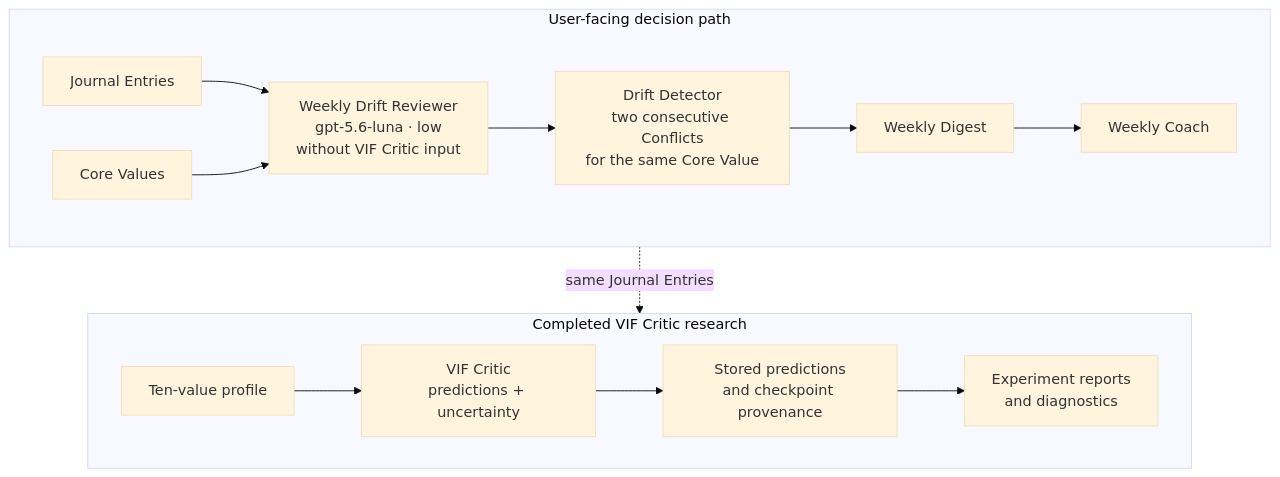
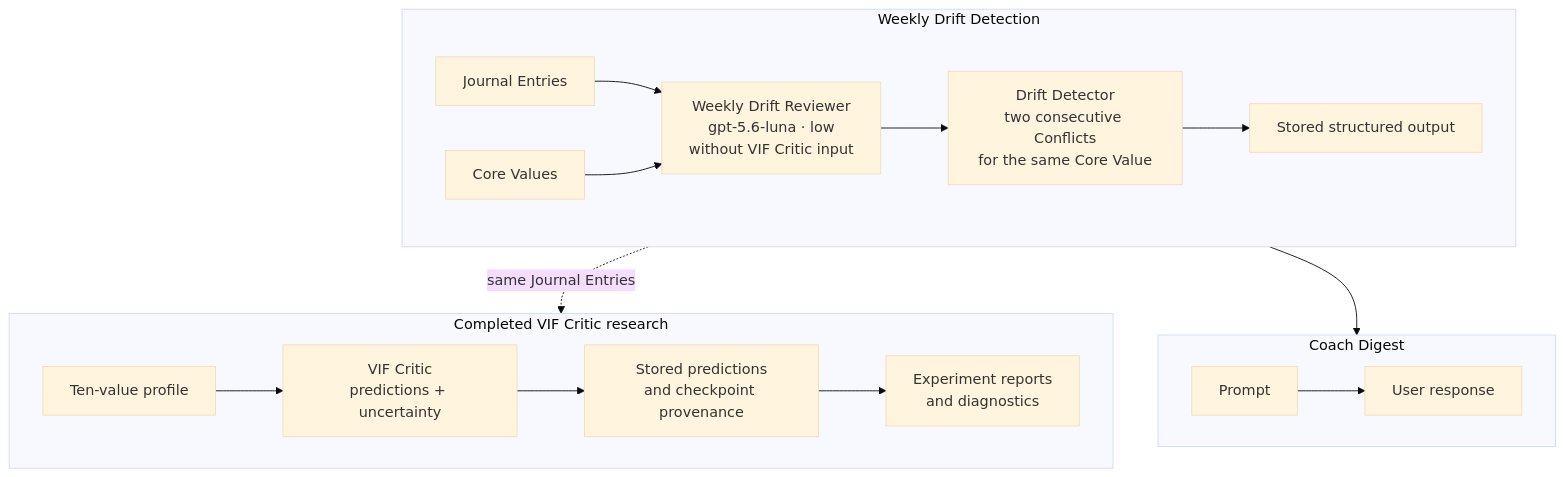
The diagram in docs/architecture/drift_detection.md (DesmondChoy/twinkl), drawn with Mermaid (base theme) before and after one commit. The commit also changed other lines of this file and 33 other files, not shown here.

Commit message:
docs: define weekly drift detection and coach digest (twinkl-7ho6)

````diff
--- a/docs/architecture/drift_detection.md
+++ b/docs/architecture/drift_detection.md
@@ -35,19 +37,25 @@
 ```mermaid
 flowchart TB
-  subgraph USER["User-facing decision path"]
+  subgraph USER["Weekly Drift Detection"]
     direction LR
     JE["Journal Entries"] --> WDR["Weekly Drift Reviewer<br/>gpt-5.6-luna · low<br/>without VIF Critic input"]
     CV["Core Values"] --> WDR
     WDR --> DD["Drift Detector<br/>two consecutive Conflicts<br/>for the same Core Value"]
-    DD --> WD["Weekly Digest"] --> WC["Weekly Coach"]
+    DD --> WD["Stored structured output"]
+  end
+
+  subgraph COACH["Coach Digest"]
+    direction LR
+    WD --> PROMPT["Prompt"]
+    PROMPT --> RESPONSE["User response"]
   end
 
   subgraph LEARN["Completed VIF Critic research"]
     direction LR
     PROFILE["Ten-value profile"] --> VIF["VIF Critic<br/>predictions + uncertainty"]
     VIF --> STORE["Stored predictions<br/>and checkpoint provenance"]
     STORE --> REPORTS["Experiment reports<br/>and diagnostics"]
   end
 
   JE -. "same Journal Entries" .-> VIF
 ```
````
